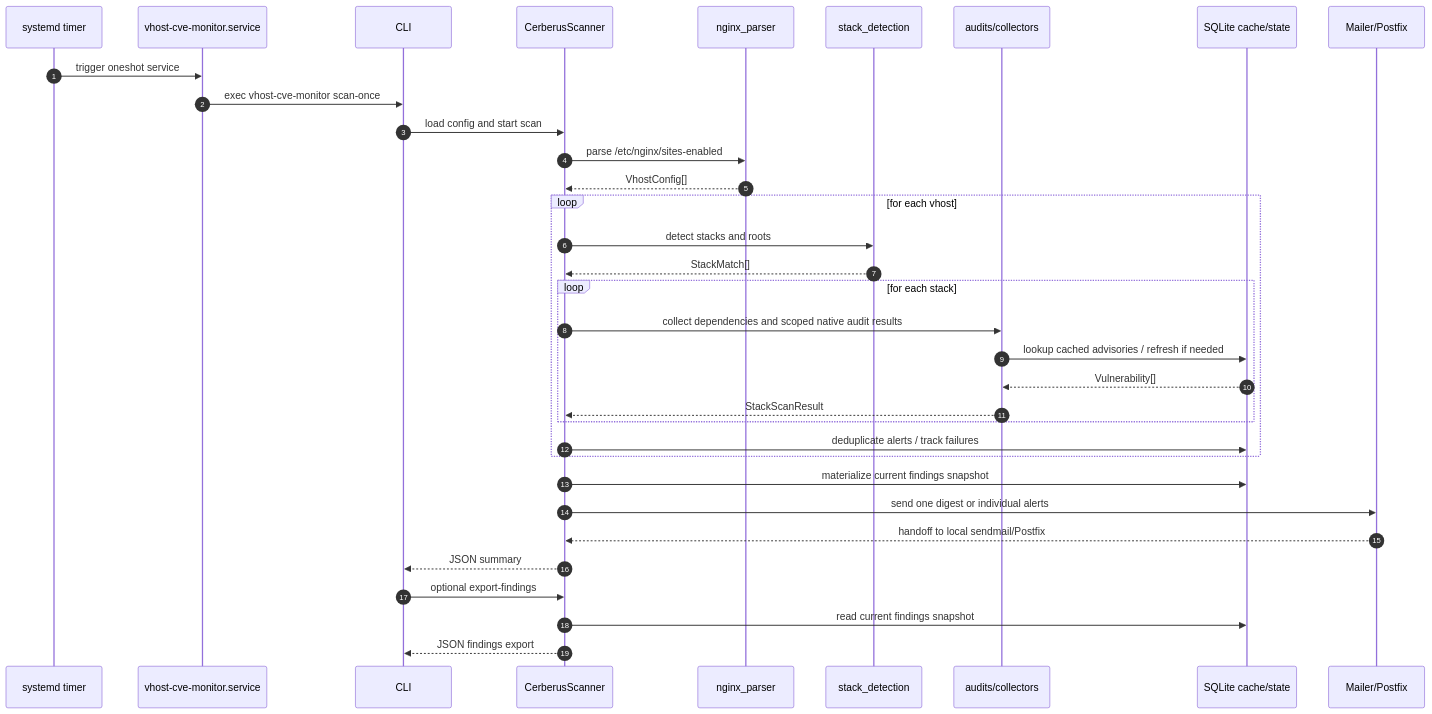
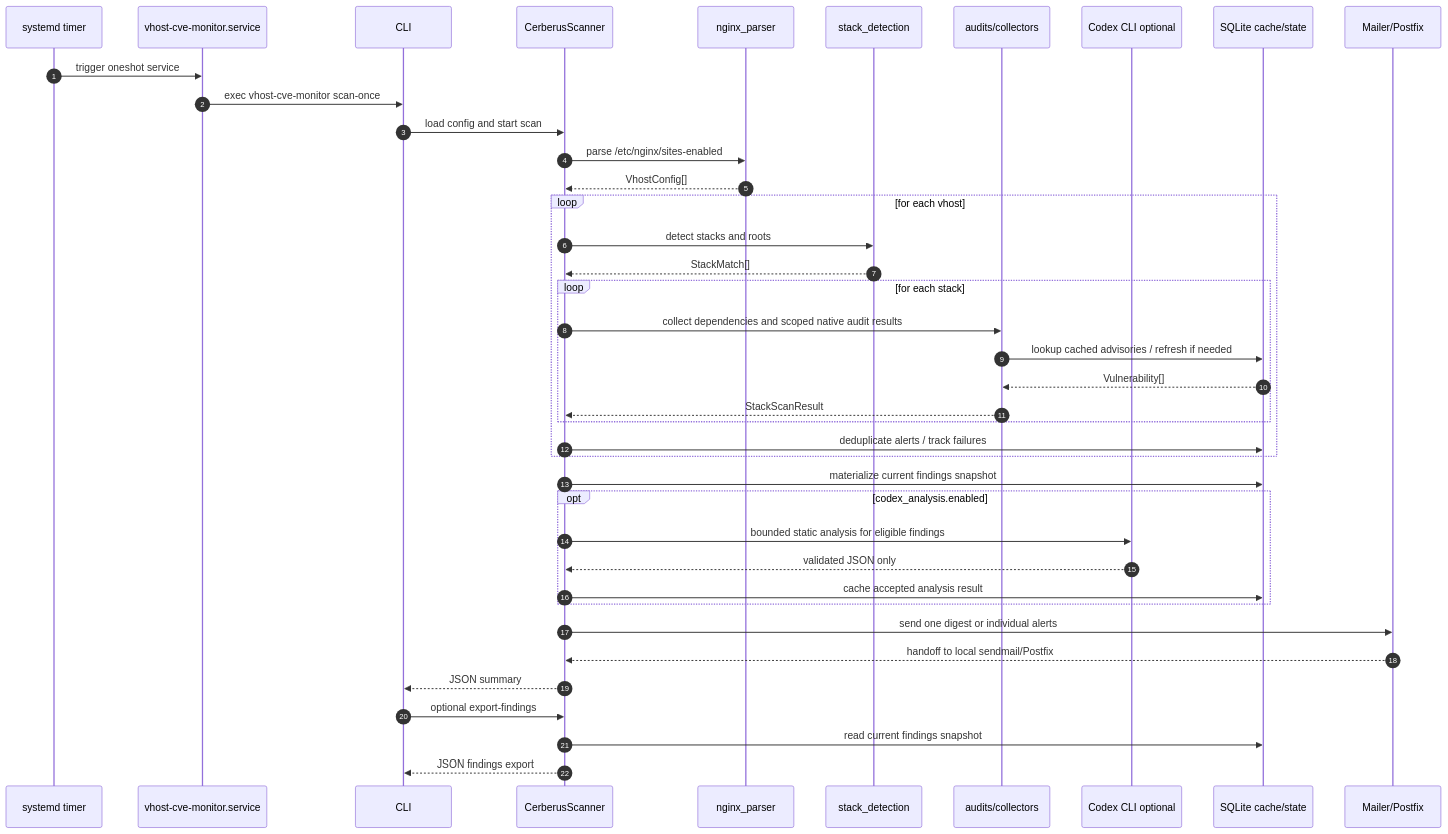
Before and after one commit to Zappan-net/cerberus: the first of 3 diagrams in docs/DIAGRAMS.md, drawn with Mermaid. The commit also changed other lines of this file and 13 other files, not shown here.

First line of the commit message:
Add optional Codex vulnerability analysis

````diff
--- a/docs/DIAGRAMS.md
+++ b/docs/DIAGRAMS.md
@@ -5,37 +5,43 @@
 ```mermaid
 sequenceDiagram
     autonumber
     participant T as systemd timer
     participant S as vhost-cve-monitor.service
     participant C as CLI
     participant SC as CerberusScanner
     participant N as nginx_parser
     participant D as stack_detection
     participant A as audits/collectors
+    participant X as Codex CLI optional
     participant DB as SQLite cache/state
     participant M as Mailer/Postfix
 
     T->>S: trigger oneshot service
     S->>C: exec vhost-cve-monitor scan-once
     C->>SC: load config and start scan
     SC->>N: parse /etc/nginx/sites-enabled
     N-->>SC: VhostConfig[]
     loop for each vhost
         SC->>D: detect stacks and roots
         D-->>SC: StackMatch[]
         loop for each stack
             SC->>A: collect dependencies and scoped native audit results
             A->>DB: lookup cached advisories / refresh if needed
             DB-->>A: Vulnerability[]
             A-->>SC: StackScanResult
         end
         SC->>DB: deduplicate alerts / track failures
     end
     SC->>DB: materialize current findings snapshot
+    opt codex_analysis.enabled
+        SC->>X: bounded static analysis for eligible findings
+        X-->>SC: validated JSON only
+        SC->>DB: cache accepted analysis result
+    end
     SC->>M: send one digest or individual alerts
     M-->>SC: handoff to local sendmail/Postfix
     SC-->>C: JSON summary
     C->>SC: optional export-findings
     SC->>DB: read current findings snapshot
     SC-->>C: JSON findings export
 ```
````
